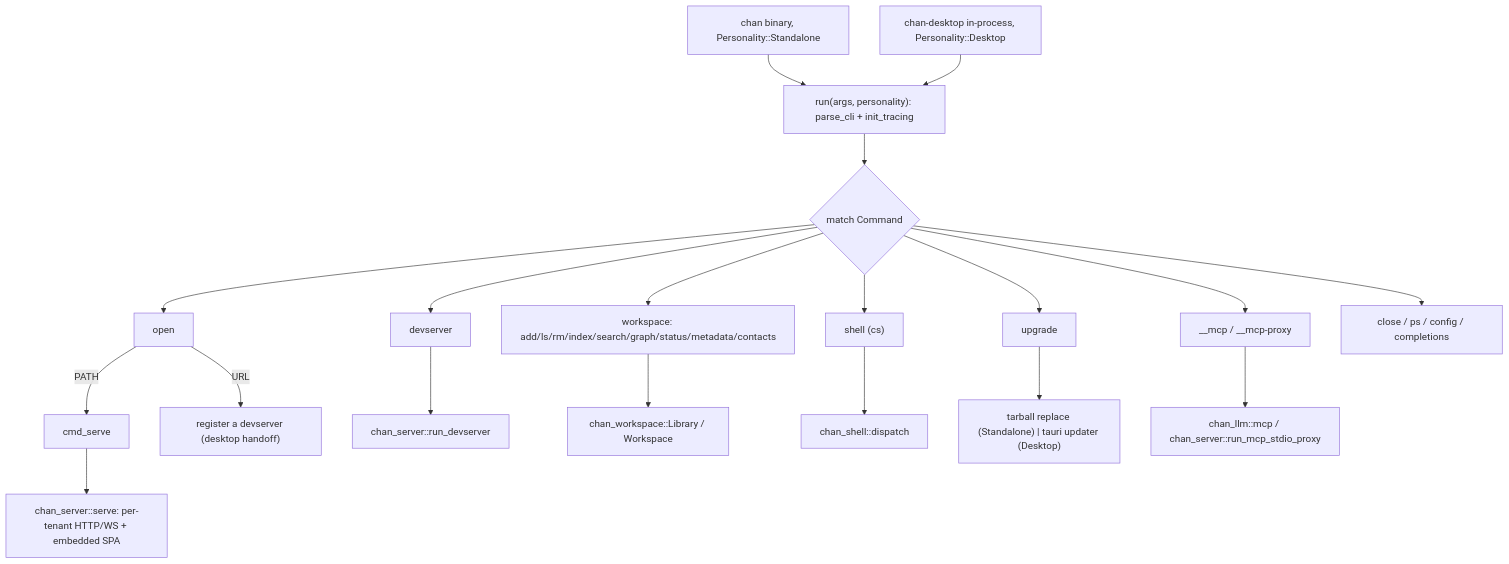
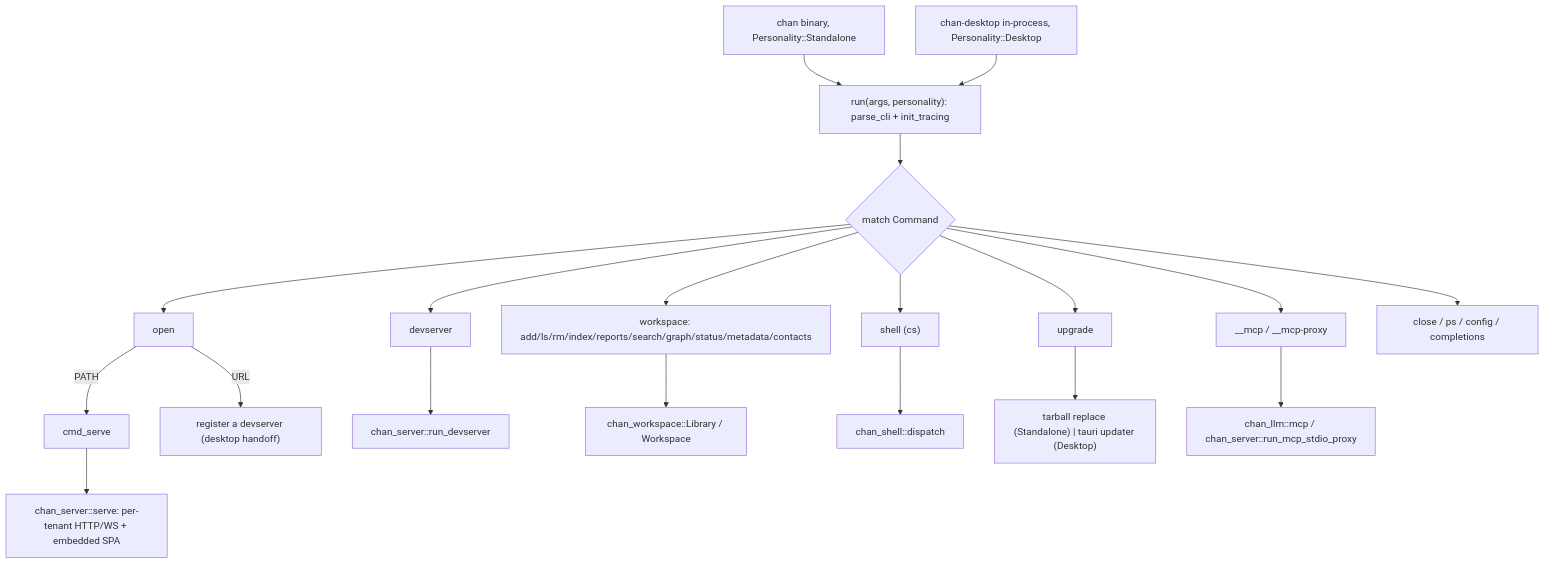
One commit to fiorix/chan changed the first of 2 diagrams in crates/chan/design.md. Above: the diagram before and after it, drawn with Mermaid. The commit also changed other lines of this file and 41 other files, not shown here.

````diff
--- a/crates/chan/design.md
+++ b/crates/chan/design.md
@@ -29,21 +29,21 @@
 ```mermaid
 flowchart TB
   Standalone["chan binary, Personality::Standalone"] --> Run
   Desktop["chan-desktop in-process, Personality::Desktop"] --> Run
   Run["run(args, personality): parse_cli + init_tracing"] --> Dispatch{"match Command"}
   Dispatch --> Open["open"]
   Dispatch --> Dev["devserver"]
-  Dispatch --> Ws["workspace: add/ls/rm/index/search/graph/status/metadata/contacts"]
+  Dispatch --> Ws["workspace: add/ls/rm/index/reports/search/graph/status/metadata/contacts"]
   Dispatch --> Sh["shell (cs)"]
   Dispatch --> Up["upgrade"]
   Dispatch --> Mcp["__mcp / __mcp-proxy"]
   Dispatch --> Other["close / ps / config / completions"]
   Open -->|"PATH"| Serve["cmd_serve"]
   Open -->|"URL"| RegDev["register a devserver (desktop handoff)"]
   Serve --> CS["chan_server::serve: per-tenant HTTP/WS + embedded SPA"]
   Dev --> RunDev["chan_server::run_devserver"]
   Ws --> Lib["chan_workspace::Library / Workspace"]
   Sh --> ShDisp["chan_shell::dispatch"]
   Up --> UpFork["tarball replace (Standalone) | tauri updater (Desktop)"]
   Mcp --> Llm["chan_llm::mcp / chan_server::run_mcp_stdio_proxy"]
 ```
````
